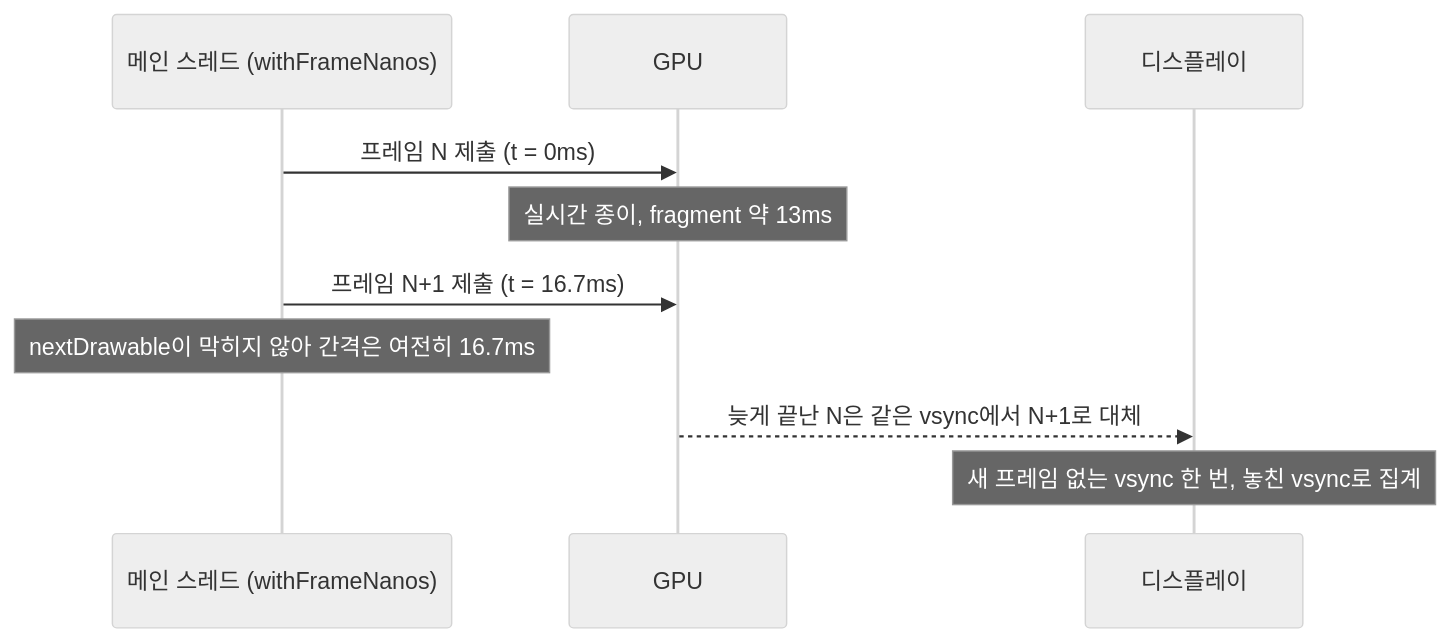
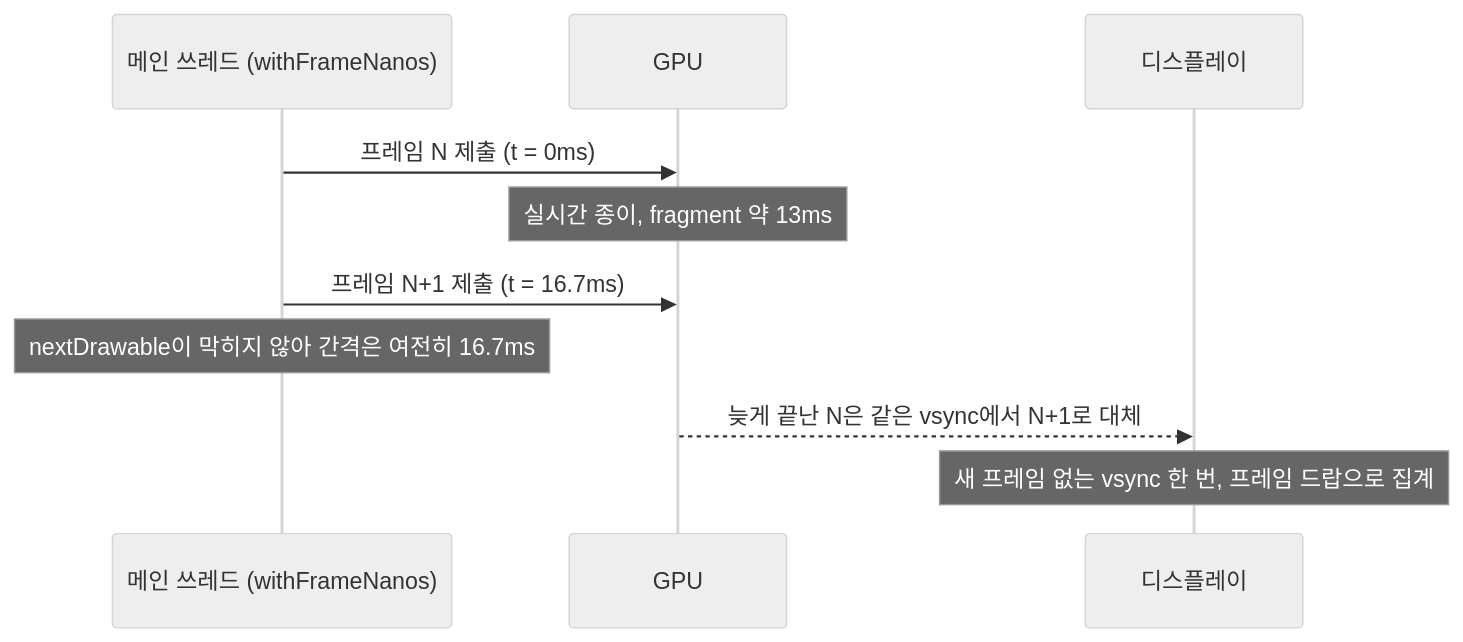
Before and after one commit to yoonseopshin/yoonseopshin.github.io: the diagram in _posts/2026-10-13-compose-ios-missed-vsync-invisible-to-app-ko.md, drawn with Mermaid (neutral theme). The commit also changed other lines of this file and 22 other files, not shown here.

````diff
--- a/_posts/2026-10-13-compose-ios-missed-vsync-invisible-to-app-ko.md
+++ b/_posts/2026-10-13-compose-ios-missed-vsync-invisible-to-app-ko.md
@@ -116,12 +116,12 @@
 ```mermaid
 sequenceDiagram
-    participant Main as 메인 스레드 (withFrameNanos)
+    participant Main as 메인 쓰레드 (withFrameNanos)
     participant GPU
     participant Display as 디스플레이
     Main->>GPU: 프레임 N 제출 (t = 0ms)
     Note over GPU: 실시간 종이, fragment 약 13ms
     Main->>GPU: 프레임 N+1 제출 (t = 16.7ms)
     Note over Main: nextDrawable이 막히지 않아 간격은 여전히 16.7ms
     GPU-->>Display: 늦게 끝난 N은 같은 vsync에서 N+1로 대체
-    Note over Display: 새 프레임 없는 vsync 한 번, 놓친 vsync로 집계
+    Note over Display: 새 프레임 없는 vsync 한 번, 프레임 드랍으로 집계
 ```
````
